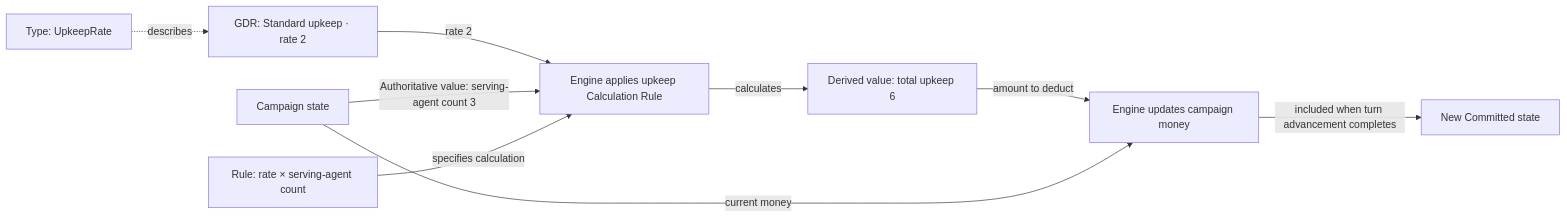
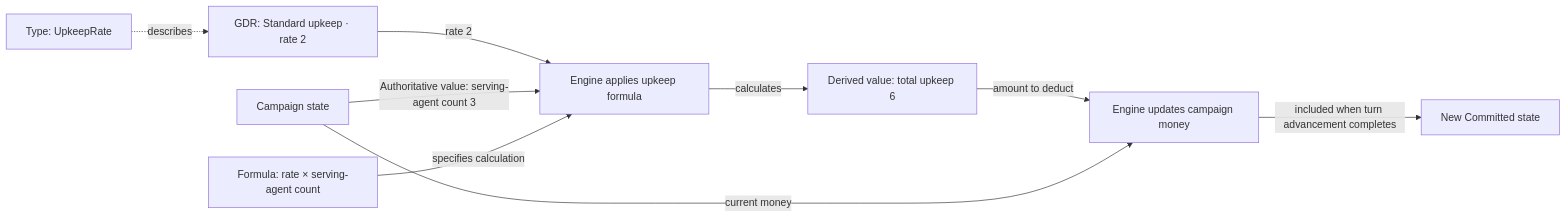
One commit to konrad-jamrozik/game-v5 changed the second of 6 diagrams in docs/specs/foundation/campaign-modeling-contract.md. Above: the diagram before and after it, drawn with Mermaid. The commit also changed other lines of this file and 14 other files, not shown here.

````diff
--- a/docs/specs/foundation/campaign-modeling-contract.md
+++ b/docs/specs/foundation/campaign-modeling-contract.md
@@ -247,11 +247,11 @@
 ```mermaid
 flowchart LR
     Type["Type: UpkeepRate"] -.->|describes| GDR["GDR: Standard upkeep · rate 2"]
-    GDR -->|rate 2| Engine["Engine applies upkeep Calculation Rule"]
+    GDR -->|rate 2| Engine["Engine applies upkeep formula"]
     State["Campaign state"] -->|Authoritative value: serving-agent count 3| Engine
-    Rule["Rule: rate × serving-agent count"] -->|specifies calculation| Engine
+    Formula["Formula: rate × serving-agent count"] -->|specifies calculation| Engine
     Engine -->|calculates| Total["Derived value: total upkeep 6"]
     Total -->|amount to deduct| Update["Engine updates campaign money"]
     State -->|current money| Update
     Update -->|included when turn advancement completes| Committed["New Committed state"]
 ```
````
